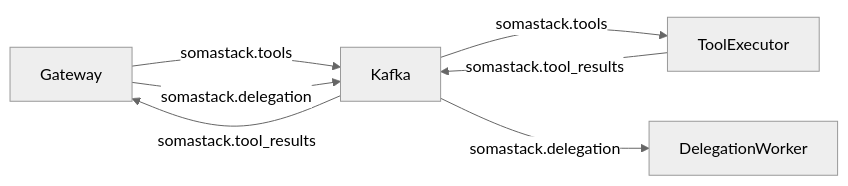
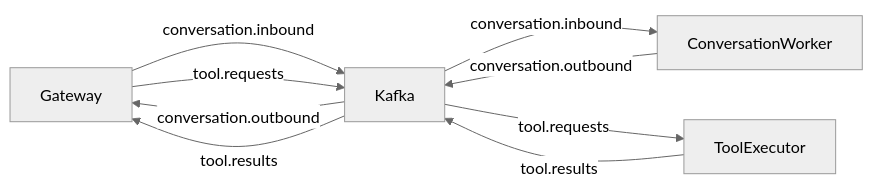
The diagram in docs/data/streams.md (somatechlat/somaagent01), drawn with Mermaid (neutral theme) before and after one commit. The commit also changed other lines of this file and 167 other files, not shown here.

````diff
--- a/docs/data/streams.md
+++ b/docs/data/streams.md
@@ -61,9 +70,11 @@
 ```mermaid
 graph LR
-    Gateway -->|somastack.tools| Kafka
-    Kafka -->|somastack.tools| ToolExecutor
-    ToolExecutor -->|somastack.tool_results| Kafka
-    Kafka -->|somastack.tool_results| Gateway
-    Gateway -->|somastack.delegation| Kafka
-    Kafka -->|somastack.delegation| DelegationWorker
+  Gateway -->|conversation.inbound| Kafka
+  Kafka -->|conversation.inbound| ConversationWorker
+  ConversationWorker -->|conversation.outbound| Kafka
+  Kafka -->|conversation.outbound| Gateway
+  Gateway -->|tool.requests| Kafka
+  Kafka -->|tool.requests| ToolExecutor
+  ToolExecutor -->|tool.results| Kafka
+  Kafka -->|tool.results| Gateway
 ```
````
